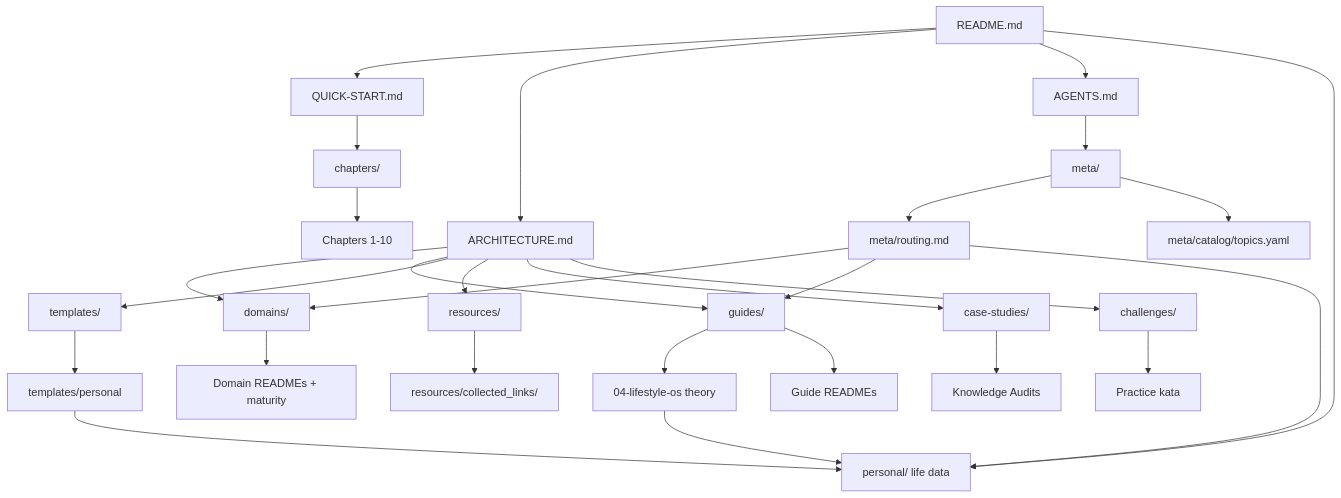
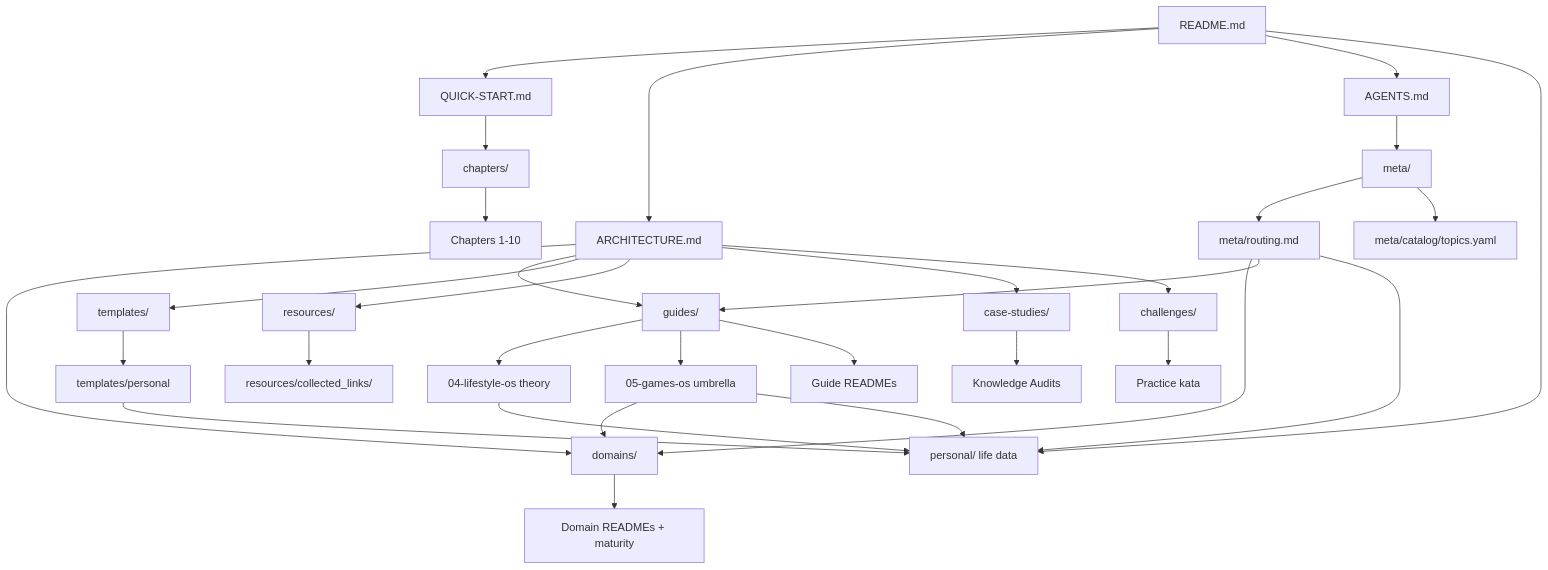
One commit to ithumanmi/MyDoc changed the diagram in OVERVIEW.md. Above: the diagram before and after it, drawn with Mermaid. The commit also changed other lines of this file and 36 other files, not shown here.

````diff
--- a/OVERVIEW.md
+++ b/OVERVIEW.md
@@ -12,30 +12,33 @@
 ```mermaid
 graph TD
     A[README.md] --> B[QUICK-START.md]
     A --> C[ARCHITECTURE.md]
     A --> AG[AGENTS.md]
     AG --> META[meta/]
     META --> AR[meta/routing.md]
     META --> CAT[meta/catalog/topics.yaml]
     A --> R[personal/ life data]
     B --> D[chapters/]
     C --> E[domains/]
     C --> F[guides/]
     C --> G[templates/]
     C --> H[resources/]
     C --> I[case-studies/]
     C --> P[challenges/]
     F --> Q[04-lifestyle-os theory]
+    F --> GOS[05-games-os umbrella]
     Q --> R
+    GOS --> E
+    GOS --> R
     G --> T[templates/personal]
     T --> R
     H --> J[resources/collected_links/]
     E --> K[Domain READMEs + maturity]
     F --> L[Guide READMEs]
     D --> M[Chapters 1-10]
     I --> N[Knowledge Audits]
     P --> O[Practice kata]
     AR --> E
     AR --> F
     AR --> R
 ```
````
